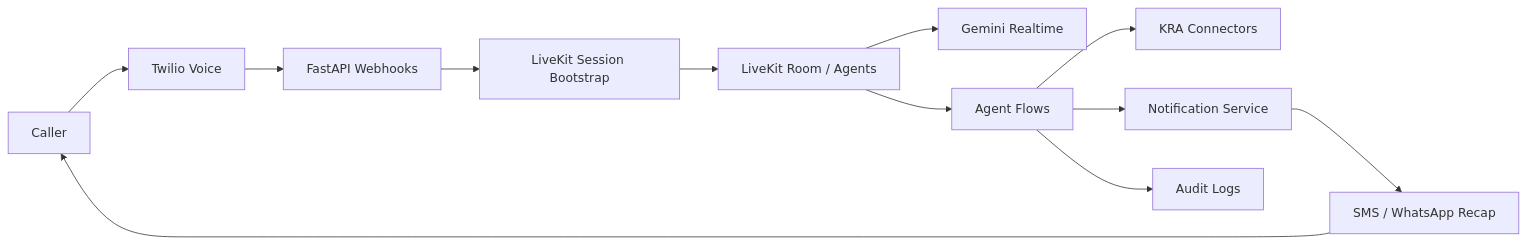
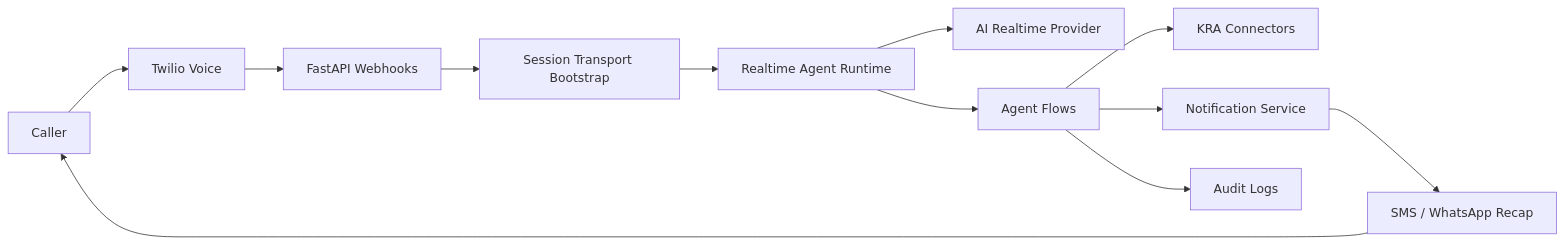
The first of 2 diagrams in README.md (luchetu/pigia-shuru), drawn with Mermaid before and after one commit. The commit also changed other lines of this file and 4 other files, not shown here.

````diff
--- a/README.md
+++ b/README.md
@@ -24,16 +27,16 @@
 ```mermaid
 flowchart LR
     A["Caller"] --> B["Twilio Voice"]
     B --> C["FastAPI Webhooks"]
-    C --> D["LiveKit Session Bootstrap"]
-    D --> E["LiveKit Room / Agents"]
-    E --> F["Gemini Realtime"]
+    C --> D["Session Transport Bootstrap"]
+    D --> E["Realtime Agent Runtime"]
+    E --> F["AI Realtime Provider"]
 
     E --> G["Agent Flows"]
     G --> H["KRA Connectors"]
     G --> I["Notification Service"]
     G --> J["Audit Logs"]
 
     I --> K["SMS / WhatsApp Recap"]
     K --> A
 ```
````
